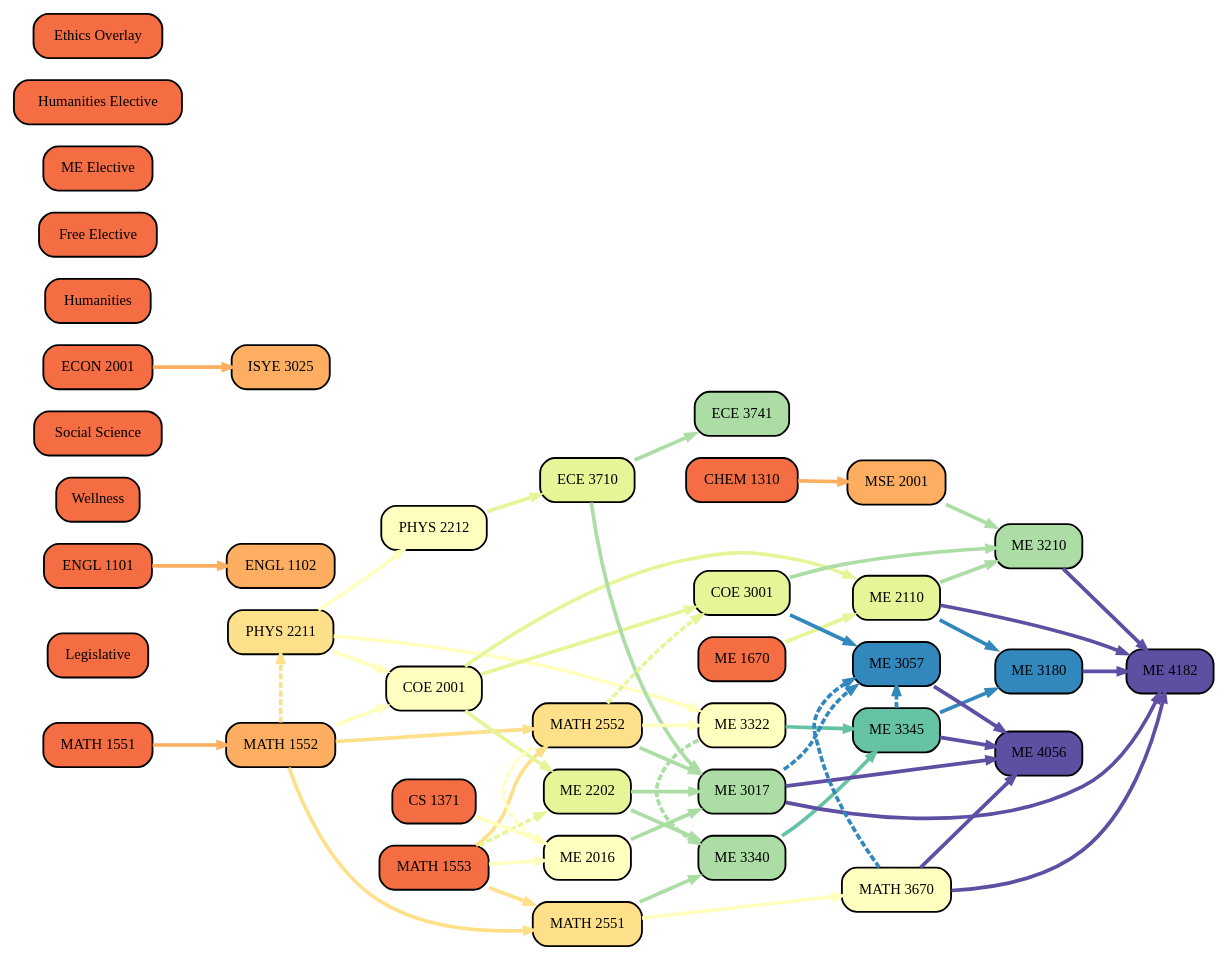
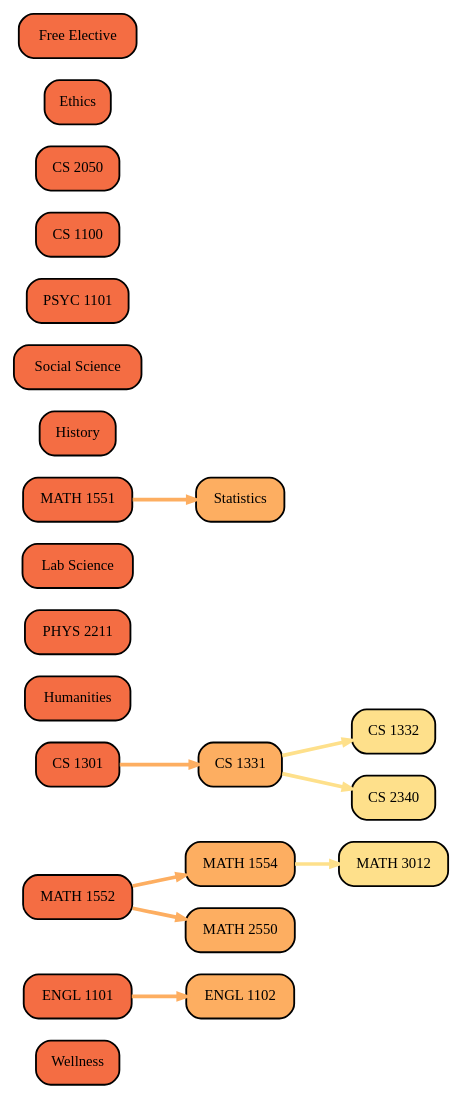
One commit to yunho-c/gt-curriculum-planner changed the diagram in preliminary_experiments/dots/g4.gv. Above: the diagram before and after it, drawn with Graphviz. The commit also changed 52 other files, not shown here.

```diff
--- a/preliminary_experiments/dots/g4.gv
+++ b/preliminary_experiments/dots/g4.gv
@@ -1,98 +1,36 @@
 digraph Curriculum {
 	node [color=black colorscheme=spectral11 fontsize=12 penwidth=1.5 shape=box style="rounded, filled, radial"]
 	edge [arrowsize=0.65 colorscheme=spectral11 penwidth=3]
 	rankdir=LR
-	"CHEM 1310" [fillcolor=3]
-	"MATH 1551" [fillcolor=3]
-	"MATH 1553" [fillcolor=3]
-	Legislative [fillcolor=3]
+	Wellness [fillcolor=3]
 	"ENGL 1101" [fillcolor=3]
-	Wellness [fillcolor=3]
-	"PHYS 2211" [fillcolor=5]
-	"MATH 1552" -> "PHYS 2211" [color=5 constraint=false style=dashed]
-	"MATH 1552" [fillcolor=4]
-	"MATH 1551" -> "MATH 1552" [color=4 style=solid]
-	"CS 1371" [fillcolor=3]
-	"ME 1670" [fillcolor=3]
 	"ENGL 1102" [fillcolor=4]
 	"ENGL 1101" -> "ENGL 1102" [color=4 style=solid]
-	"PHYS 2212" [fillcolor=6]
-	"PHYS 2211" -> "PHYS 2212" [color=6 style=solid]
-	"MATH 2551" [fillcolor=5]
-	"MATH 1552" -> "MATH 2551" [color=5 style=solid]
-	"MATH 1553" -> "MATH 2551" [color=5 style=solid]
-	"ME 2110" [fillcolor=7]
-	"ME 1670" -> "ME 2110" [color=7 style=solid]
-	"COE 2001" -> "ME 2110" [color=7 style=solid]
-	"MSE 2001" [fillcolor=4]
-	"CHEM 1310" -> "MSE 2001" [color=4 style=solid]
-	"COE 2001" [fillcolor=6]
-	"MATH 1552" -> "COE 2001" [color=6 style=solid]
-	"PHYS 2211" -> "COE 2001" [color=6 style=solid]
-	"ECE 3710" [fillcolor=7]
-	"PHYS 2212" -> "ECE 3710" [color=7 style=solid]
-	"MATH 2552" [fillcolor=5]
-	"MATH 1552" -> "MATH 2552" [color=5 style=solid]
-	"MATH 1553" -> "MATH 2552" [color=5 style=solid]
-	"ME 2016" [fillcolor=6]
-	"MATH 1553" -> "ME 2016" [color=6 style=solid]
-	"MATH 2552" -> "ME 2016" [color=6 constraint=false style=dashed]
-	"CS 1371" -> "ME 2016" [color=6 style=solid]
-	"ME 2202" [fillcolor=7]
-	"COE 2001" -> "ME 2202" [color=7 style=solid]
-	"MATH 1553" -> "ME 2202" [color=7 constraint=false style=dashed]
+	"MATH 1552" [fillcolor=3]
+	"CS 1301" [fillcolor=3]
+	Humanities [fillcolor=3]
+	"PHYS 2211" [fillcolor=3]
+	"Lab Science" [fillcolor=3]
+	"MATH 1551" [fillcolor=3]
+	"MATH 1554" [fillcolor=4]
+	"MATH 1552" -> "MATH 1554" [color=4 style=solid]
+	History [fillcolor=3]
 	"Social Science" [fillcolor=3]
-	"ECE 3741" [fillcolor=8]
-	"ECE 3710" -> "ECE 3741" [color=8 style=solid]
-	"COE 3001" [fillcolor=7]
-	"COE 2001" -> "COE 3001" [color=7 style=solid]
-	"MATH 2552" -> "COE 3001" [color=7 constraint=false style=dashed]
-	"ME 3322" [fillcolor=6]
-	"PHYS 2211" -> "ME 3322" [color=6 style=solid]
-	"MATH 2552" -> "ME 3322" [color=6 style=solid]
-	"ME 3340" [fillcolor=8]
-	"ME 2202" -> "ME 3340" [color=8 style=solid]
-	"MATH 2551" -> "ME 3340" [color=8 style=solid]
-	"ME 3322" -> "ME 3340" [color=8 constraint=false style=dashed]
-	"ECON 2001" [fillcolor=3]
-	Humanities [fillcolor=3]
-	"ME 3017" [fillcolor=8]
-	"ME 2202" -> "ME 3017" [color=8 style=solid]
-	"ME 2016" -> "ME 3017" [color=8 style=solid]
-	"MATH 2552" -> "ME 3017" [color=8 style=solid]
-	"ECE 3710" -> "ME 3017" [color=8 style=solid]
-	"ME 3345" [fillcolor=9]
-	"ME 3322" -> "ME 3345" [color=9 style=solid]
-	"ME 3340" -> "ME 3345" [color=9 style=solid]
-	"ME 3057" [fillcolor=10]
-	"COE 3001" -> "ME 3057" [color=10 style=solid]
-	"ME 3017" -> "ME 3057" [color=10 constraint=false style=dashed]
-	"ME 3345" -> "ME 3057" [color=10 constraint=false style=dashed]
-	"MATH 3670" -> "ME 3057" [color=10 constraint=false style=dashed]
-	"ISYE 3025" [fillcolor=4]
-	"ECON 2001" -> "ISYE 3025" [color=4 style=solid]
-	"MATH 3670" [fillcolor=6]
-	"MATH 2551" -> "MATH 3670" [color=6 style=solid]
-	"ME 3180" [fillcolor=10]
-	"ME 2110" -> "ME 3180" [color=10 style=solid]
-	"ME 3345" -> "ME 3180" [color=10 style=solid]
-	"ME 3210" [fillcolor=8]
-	"MSE 2001" -> "ME 3210" [color=8 style=solid]
-	"ME 2110" -> "ME 3210" [color=8 style=solid]
-	"COE 3001" -> "ME 3210" [color=8 style=solid]
-	"ME 4056" [fillcolor=11]
-	"ME 3057" -> "ME 4056" [color=11 style=solid]
-	"ME 3345" -> "ME 4056" [color=11 style=solid]
-	"ME 3017" -> "ME 4056" [color=11 style=solid]
-	"MATH 3670" -> "ME 4056" [color=11 style=solid]
+	"PSYC 1101" [fillcolor=3]
+	"CS 1100" [fillcolor=3]
+	"CS 2050" [fillcolor=3]
+	"CS 1331" [fillcolor=4]
+	"CS 1301" -> "CS 1331" [color=4 style=solid]
+	"CS 1332" [fillcolor=5]
+	"CS 1331" -> "CS 1332" [color=5 style=solid]
+	"MATH 2550" [fillcolor=4]
+	"MATH 1552" -> "MATH 2550" [color=4 style=solid]
+	"CS 2340" [fillcolor=5]
+	"CS 1331" -> "CS 2340" [color=5 style=solid]
+	Ethics [fillcolor=3]
+	"MATH 3012" [fillcolor=5]
+	"MATH 1554" -> "MATH 3012" [color=5 style=solid]
+	Statistics [fillcolor=4]
+	"MATH 1551" -> Statistics [color=4 style=solid]
 	"Free Elective" [fillcolor=3]
-	"ME 4182" [fillcolor=11]
-	"ME 3210" -> "ME 4182" [color=11 style=solid]
-	"ME 3180" -> "ME 4182" [color=11 style=solid]
-	"ME 3017" -> "ME 4182" [color=11 style=solid]
-	"MATH 3670" -> "ME 4182" [color=11 style=solid]
-	"ME 2110" -> "ME 4182" [color=11 style=solid]
-	"ME Elective" [fillcolor=3]
-	"Humanities Elective" [fillcolor=3]
-	"Ethics Overlay" [fillcolor=3]
 }
```
